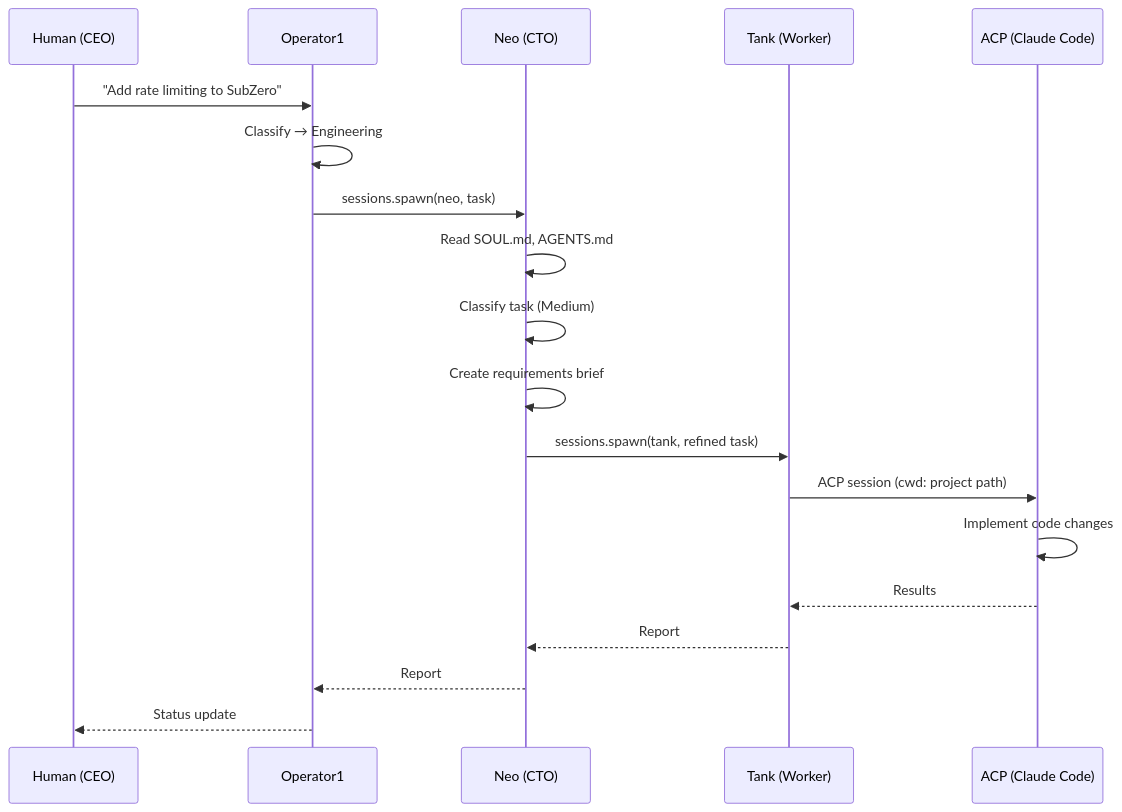
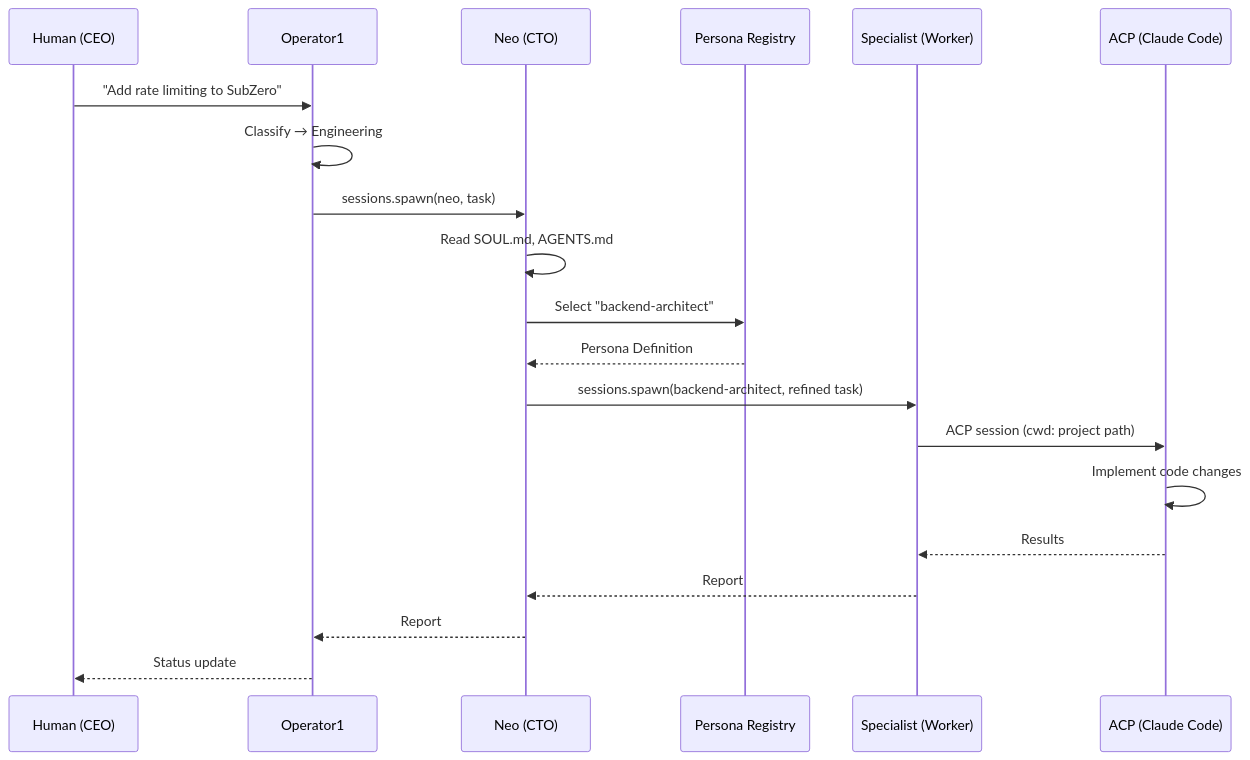
The first of 2 diagrams in docs/operator1/spawning.md (openclaw/openclaw), drawn with Mermaid before and after one commit. The commit also changed other lines of this file and 343 other files, not shown here.

````diff
--- a/docs/operator1/spawning.md
+++ b/docs/operator1/spawning.md
@@ -13,22 +13,23 @@
 ```mermaid
 sequenceDiagram
     participant H as Human (CEO)
     participant O as Operator1
     participant N as Neo (CTO)
-    participant T as Tank (Worker)
+    participant P as Persona Registry
+    participant W as Specialist (Worker)
     participant A as ACP (Claude Code)
 
     H->>O: "Add rate limiting to SubZero"
     O->>O: Classify → Engineering
     O->>N: sessions.spawn(neo, task)
     N->>N: Read SOUL.md, AGENTS.md
-    N->>N: Classify task (Medium)
-    N->>N: Create requirements brief
-    N->>T: sessions.spawn(tank, refined task)
-    T->>A: ACP session (cwd: project path)
+    N->>P: Select "backend-architect"
+    P-->>N: Persona Definition
+    N->>W: sessions.spawn(backend-architect, refined task)
+    W->>A: ACP session (cwd: project path)
     A->>A: Implement code changes
-    A-->>T: Results
-    T-->>N: Report
+    A-->>W: Results
+    W-->>N: Report
     N-->>O: Report
     O-->>H: Status update
 ```
````
